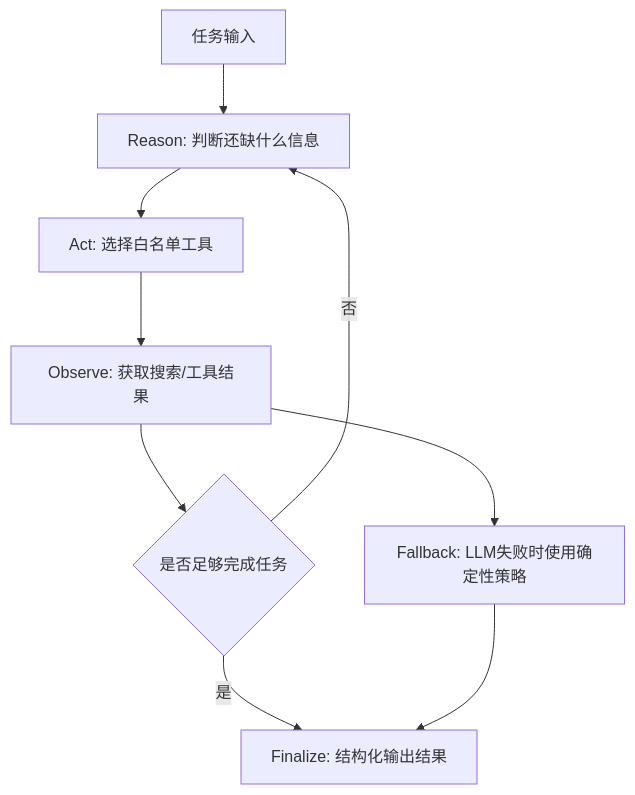
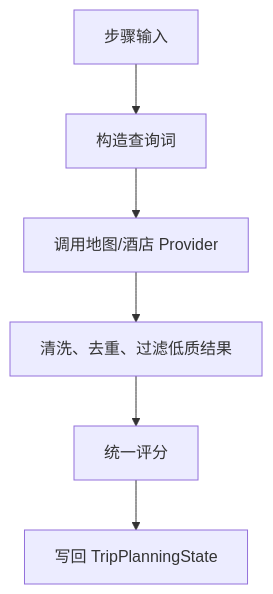
The fifth of 8 diagrams in doc/product-requirements-and-architecture.md (xg-debug/ai-travel-planner), drawn with Mermaid before and after one commit. The commit also changed other lines of this file and 151 other files, not shown here.

````diff
--- a/doc/product-requirements-and-architecture.md
+++ b/doc/product-requirements-and-architecture.md
@@ -355,11 +345,8 @@
 ```mermaid
 flowchart TD
-    A["任务输入"] --> B["Reason: 判断还缺什么信息"]
-    B --> C["Act: 选择白名单工具"]
-    C --> D["Observe: 获取搜索/工具结果"]
-    D --> E{"是否足够完成任务"}
-    E -- "否" --> B
-    E -- "是" --> F["Finalize: 结构化输出结果"]
-    D --> G["Fallback: LLM失败时使用确定性策略"]
-    G --> F
+    A["步骤输入"] --> B["构造查询词"]
+    B --> C["调用地图/酒店 Provider"]
+    C --> D["清洗、去重、过滤低质结果"]
+    D --> E["统一评分"]
+    E --> F["写回 TripPlanningState"]
 ```
````
